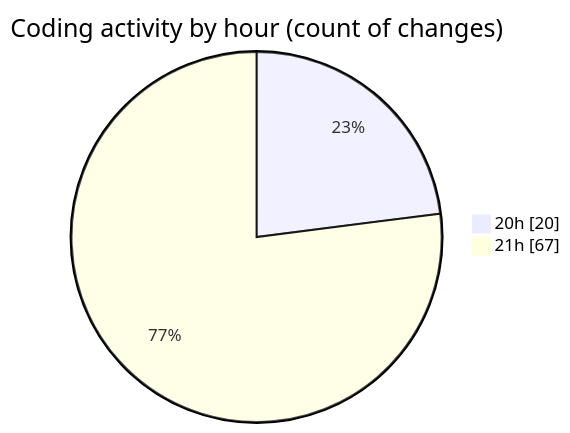
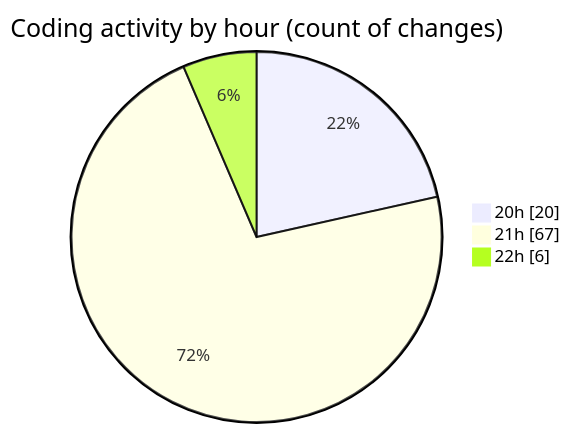
The second of 2 diagrams in 2025-08-19/quytuthien_vn/README.md (lephambinh05/code-tracking), drawn with Mermaid before and after one commit. The commit also changed other lines of this file and 1 other file, not shown here.

````diff
--- a/2025-08-19/quytuthien_vn/README.md
+++ b/2025-08-19/quytuthien_vn/README.md
@@ -92,6 +96,7 @@
 ```mermaid
 pie showData
 title Coding activity by hour (count of changes)
 "20h" : 20
 "21h" : 67
+"22h" : 6
 ```
````
